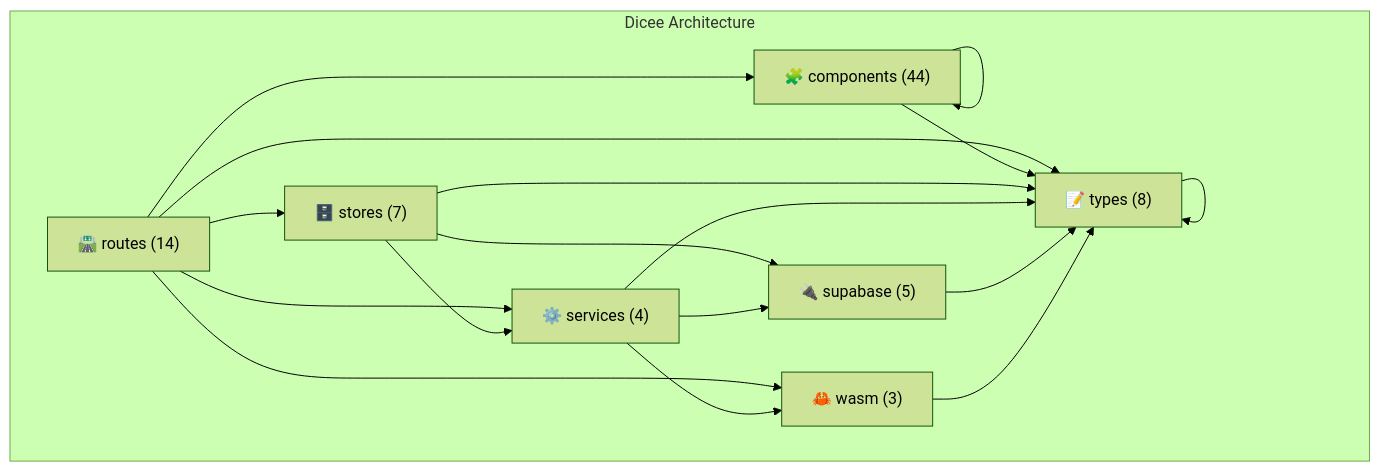
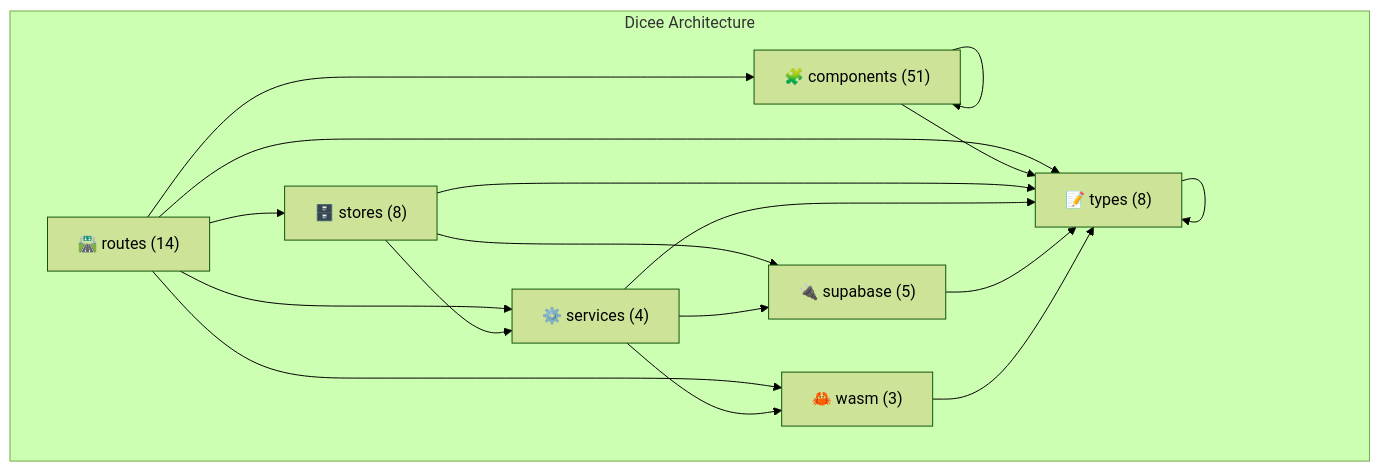
The diagram in docs/architecture/akg/diagrams/LAYER_ARCHITECTURE.md (verlyn13/dicee), drawn with Mermaid (forest theme) before and after one commit. The commit also changed other lines of this file and 39 other files, not shown here.

First line of the commit message:
chore(workflow): migrate to unified Cloudflare architecture (Phase 9)

````diff
--- a/docs/architecture/akg/diagrams/LAYER_ARCHITECTURE.md
+++ b/docs/architecture/akg/diagrams/LAYER_ARCHITECTURE.md
@@ -16,29 +16,29 @@
 ```mermaid
 flowchart TB
     subgraph "Dicee Architecture"
         routes["🛣️ routes (14)"]
-        components["🧩 components (44)"]
-        stores["🗄️ stores (7)"]
+        components["🧩 components (51)"]
+        stores["🗄️ stores (8)"]
         services["⚙️ services (4)"]
         types["📝 types (8)"]
         supabase["🔌 supabase (5)"]
         wasm["🦀 wasm (3)"]
     end
 
     routes --> components
     routes --> stores
     routes --> services
     routes --> types
     routes --> wasm
     components --> components
     components --> types
     stores --> services
     stores --> types
     stores --> supabase
     services --> types
     services --> supabase
     services --> wasm
     types --> types
     supabase --> types
     wasm --> types
 ```
````
